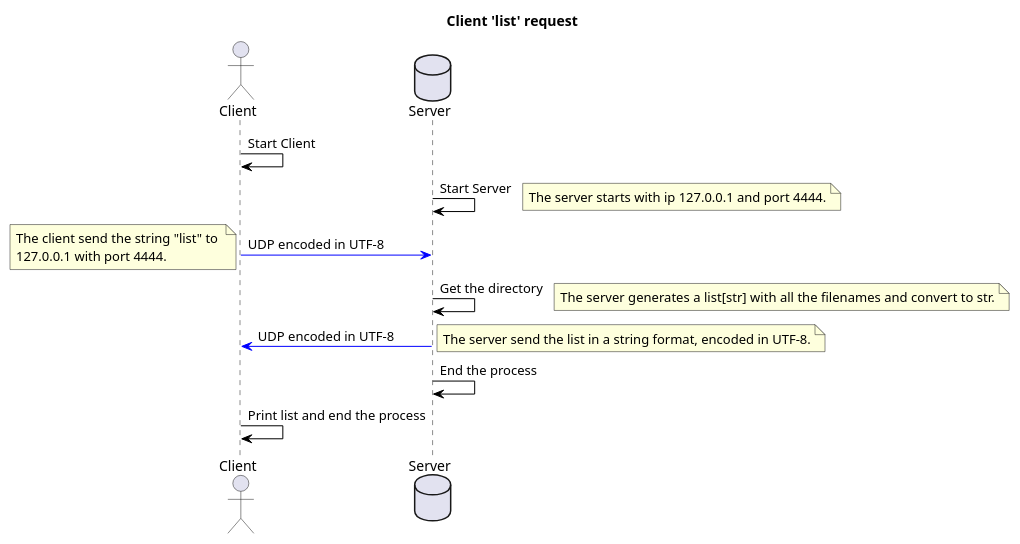
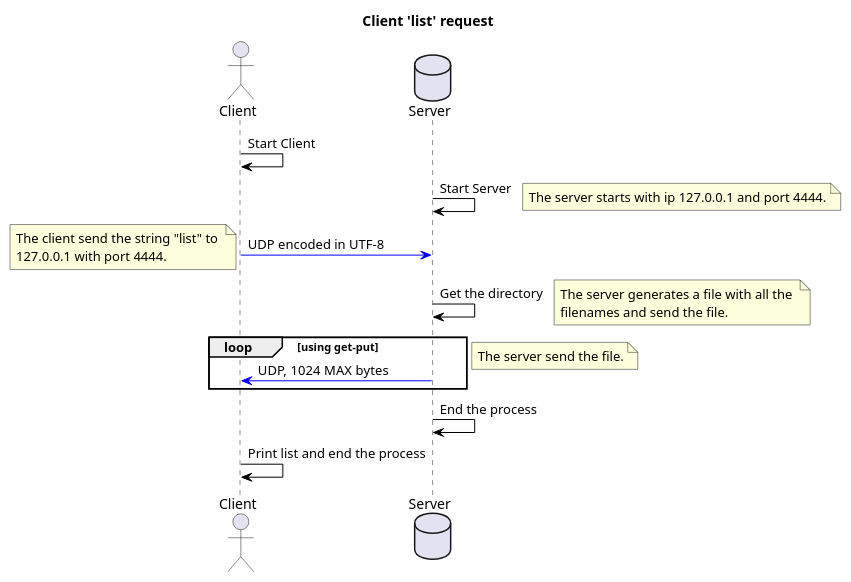
One commit to Zettaiki/Client-Server-UDP-file-transfer changed the first of 3 diagrams in UML/PlantUML-code/ClientServerUML.plantuml. Above: the diagram before and after it, drawn with PlantUML. The commit also changed other lines of this file and 3 other files, not shown here.

Commit message:
Update UML and PlantUml code

```diff
--- a/UML/PlantUML-code/ClientServerUML.plantuml
+++ b/UML/PlantUML-code/ClientServerUML.plantuml
@@ -1,28 +1,32 @@
 @startuml ClientListUML
 
 title Client 'list' request
 
 actor Client as Client
 database Server as Server
 Client -[#Black]> Client : Start Client
 Server -[#Black]> Server : Start Server
 note right
 The server starts with ip 127.0.0.1 and port 4444.
 end note
 Client -[#Blue]> Server : UDP encoded in UTF-8
 note left
 The client send the string "list" to 
 127.0.0.1 with port 4444.
 end note
 Server -[#Black]> Server : Get the directory
 note right
-The server generates a list[str] with all the filenames and convert to str.
+The server generates a file with all the 
+filenames and send the file.
 end note
-Client <[#Blue]- Server : UDP encoded in UTF-8
+loop using get-put
+    Client <[#Blue]- Server : UDP, 1024 MAX bytes
+
+end
 note right
-The server send the list in a string format, encoded in UTF-8.
+The server send the file.
 end note
 Server -[#Black]> Server : End the process
 Client -[#Black]> Client : Print list and end the process
 
 @enduml
```
